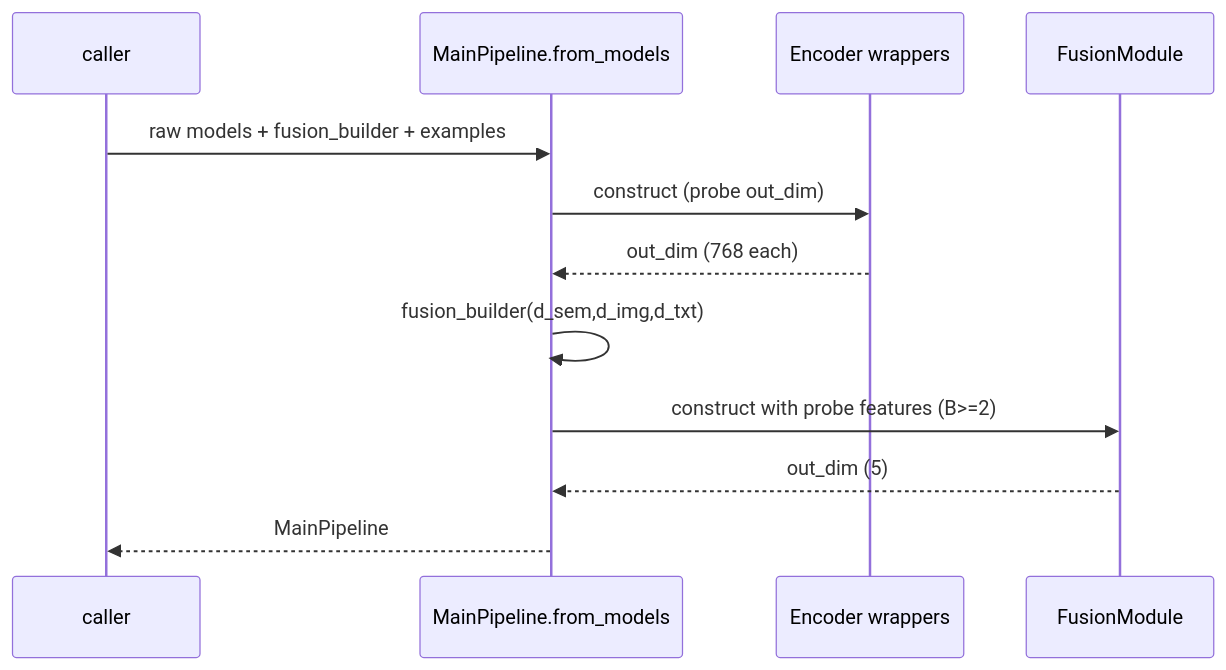
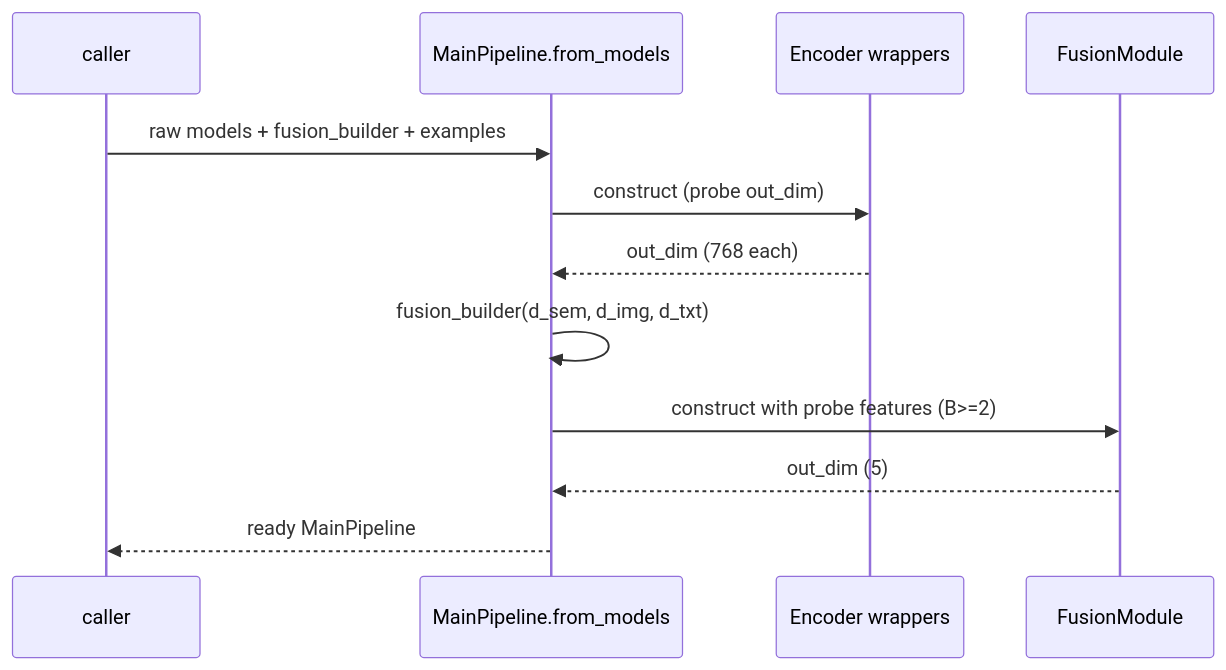
One commit to FerasMad/MultiGuard changed diagram 13 of 22 in reports/Technical_Design_Review.md. Above: the diagram before and after it, drawn with Mermaid. The commit also changed other lines of this file and 3 other files, not shown here.

Commit message:
Expand Technical Design Review: per-section diagrams (22), per-class reference, inline confusion matrix in HTML

````diff
--- a/reports/Technical_Design_Review.md
+++ b/reports/Technical_Design_Review.md
@@ -123,14 +285,14 @@
 ```mermaid
 sequenceDiagram
     participant U as caller
     participant MP as MainPipeline.from_models
     participant E as Encoder wrappers
     participant F as FusionModule
     U->>MP: raw models + fusion_builder + examples
     MP->>E: construct (probe out_dim)
     E-->>MP: out_dim (768 each)
-    MP->>MP: fusion_builder(d_sem,d_img,d_txt)
+    MP->>MP: fusion_builder(d_sem, d_img, d_txt)
     MP->>F: construct with probe features (B>=2)
     F-->>MP: out_dim (5)
-    MP-->>U: MainPipeline
+    MP-->>U: ready MainPipeline
 ```
````
